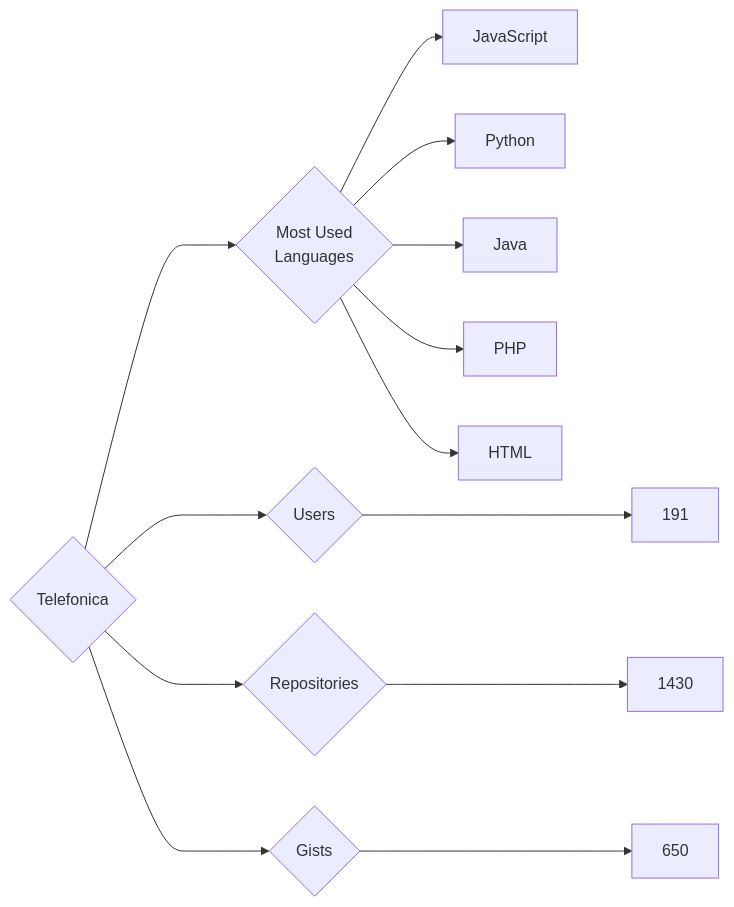
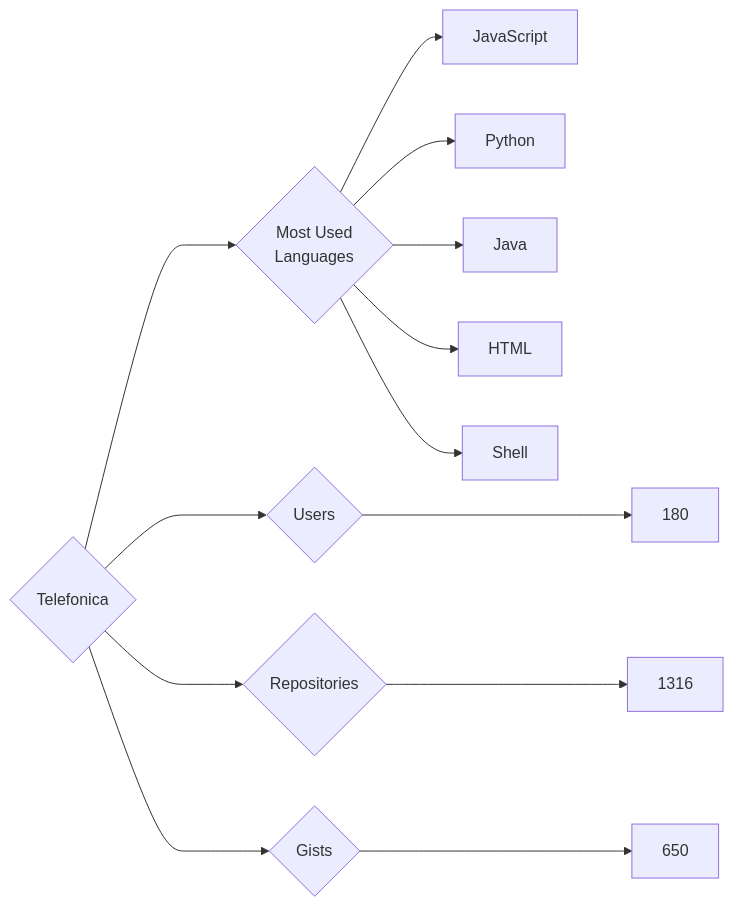
The diagram in targets/Telefonica/README.md (trickest/insiders), drawn with Mermaid before and after one commit. The commit also changed 682 other files, not shown here.

````diff
--- a/targets/Telefonica/README.md
+++ b/targets/Telefonica/README.md
@@ -3,13 +3,13 @@
 ```mermaid
 graph LR
 COMPANY_NAME{Telefonica}
-COMPANY_NAME ---> U{Users} ---> UN[191]
-COMPANY_NAME ---> R{Repositories} ---> RN[1430]
+COMPANY_NAME ---> U{Users} ---> UN[180]
+COMPANY_NAME ---> R{Repositories} ---> RN[1316]
 COMPANY_NAME ---> G{Gists} ---> GN[650]
 COMPANY_NAME ---> ML{Most Used<br>Languages}
 ML --> JavaScript[JavaScript]
 ML --> Python[Python]
 ML --> Java[Java]
-ML --> PHP[PHP]
 ML --> HTML[HTML]
+ML --> Shell[Shell]
 ```
````
